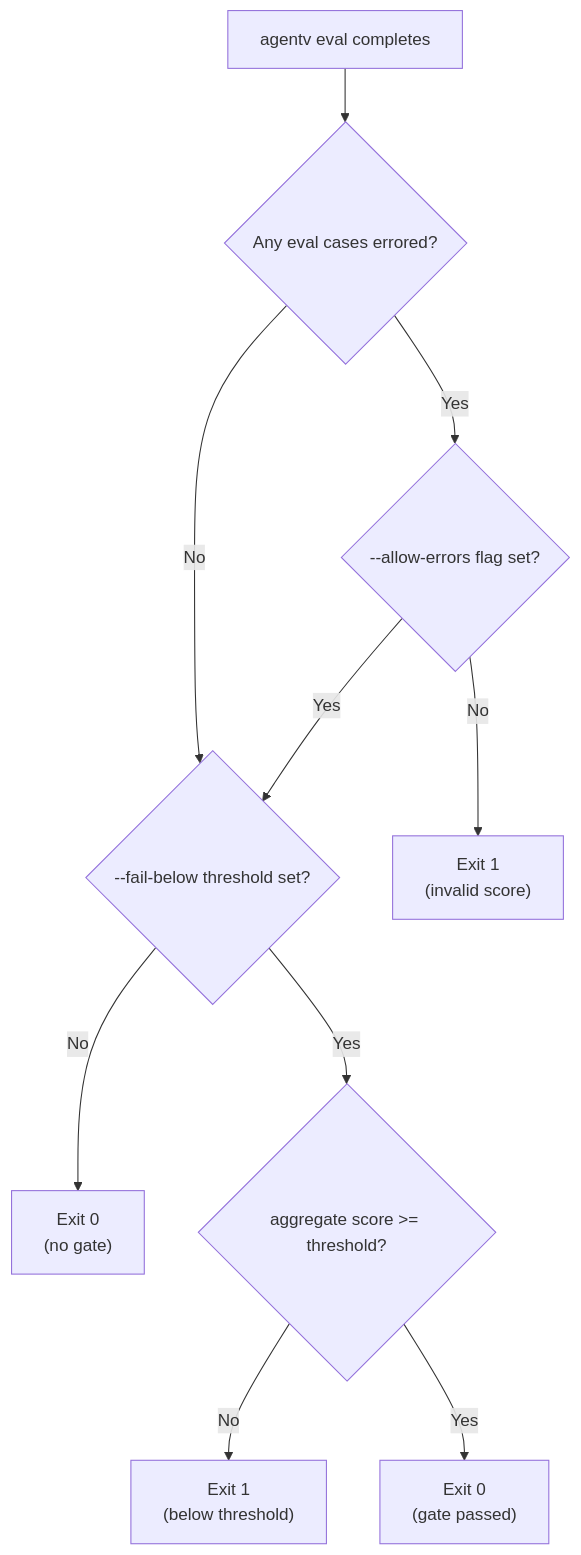
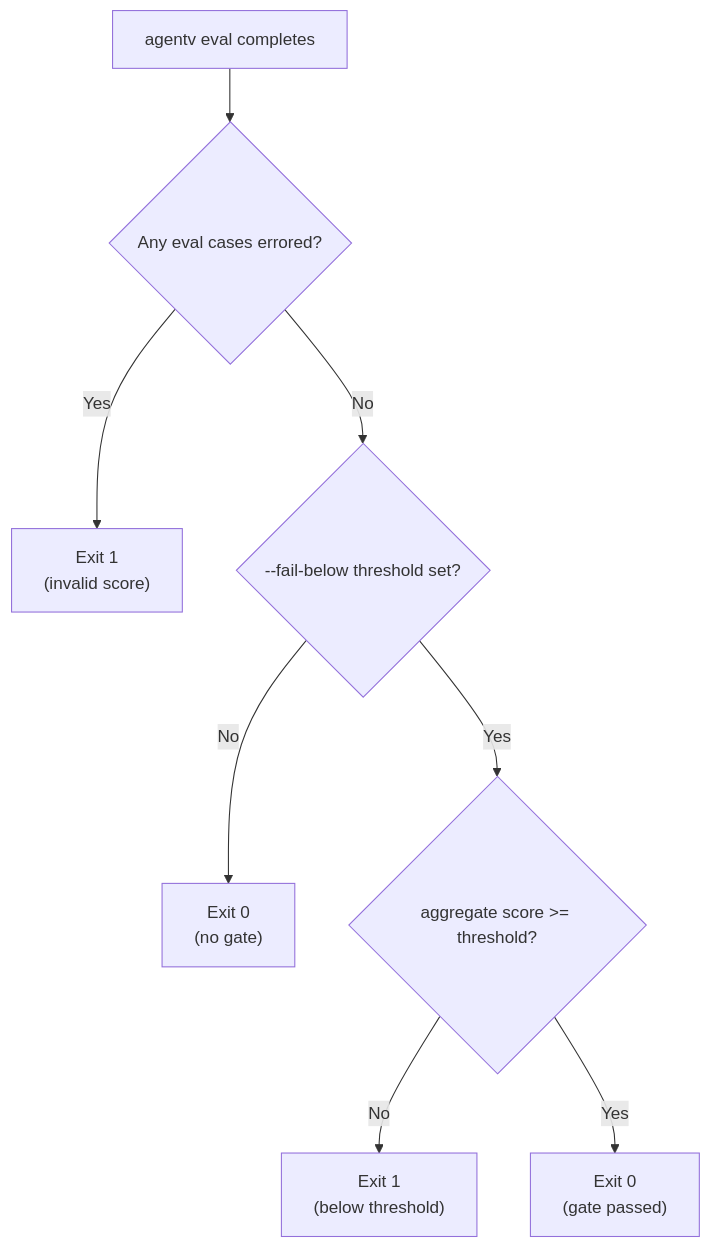
One commit to EntityProcess/agentv changed the diagram in openspec/changes/add-ci-gate/proposal.md. Above: the diagram before and after it, drawn with Mermaid. The commit also changed other lines of this file and 2 other files, not shown here.

First line of the commit message:
docs(openspec): simplify add-ci-gate by removing --allow-errors flag

````diff
--- a/openspec/changes/add-ci-gate/proposal.md
+++ b/openspec/changes/add-ci-gate/proposal.md
@@ -60,12 +60,10 @@
 ```mermaid
 flowchart TD
     A[agentv eval completes] --> B{Any eval cases errored?}
-    B -->|Yes| C{--allow-errors flag set?}
+    B -->|Yes| C["Exit 1<br/>(invalid score)"]
     B -->|No| D{--fail-below threshold set?}
-    C -->|No| E["Exit 1<br/>(invalid score)"]
-    C -->|Yes| D
-    D -->|No| F["Exit 0<br/>(no gate)"]
-    D -->|Yes| G{aggregate score >= threshold?}
-    G -->|No| H["Exit 1<br/>(below threshold)"]
-    G -->|Yes| I["Exit 0<br/>(gate passed)"]
+    D -->|No| E["Exit 0<br/>(no gate)"]
+    D -->|Yes| F{aggregate score >= threshold?}
+    F -->|No| G["Exit 1<br/>(below threshold)"]
+    F -->|Yes| H["Exit 0<br/>(gate passed)"]
 ```
````
